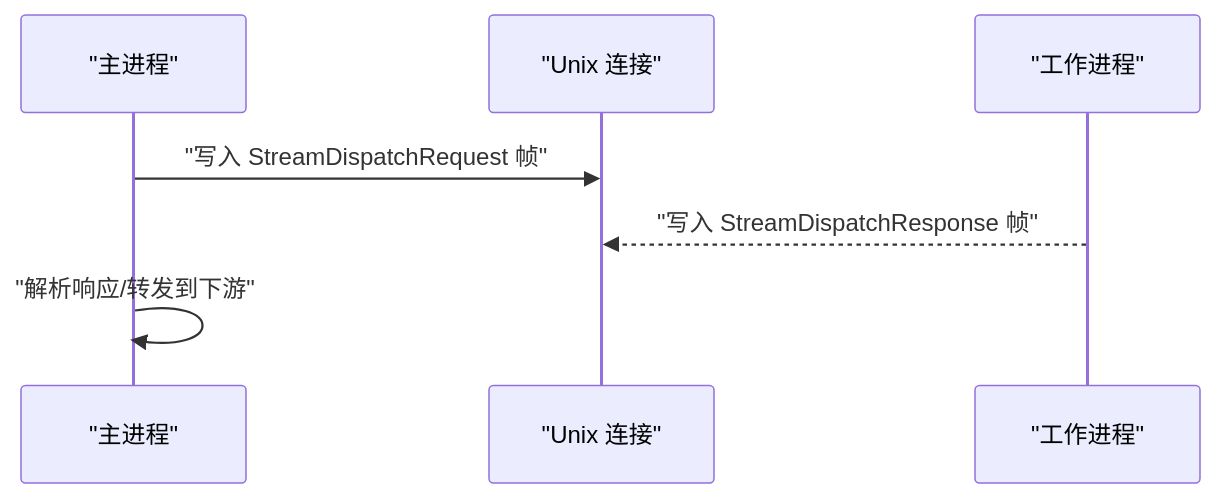
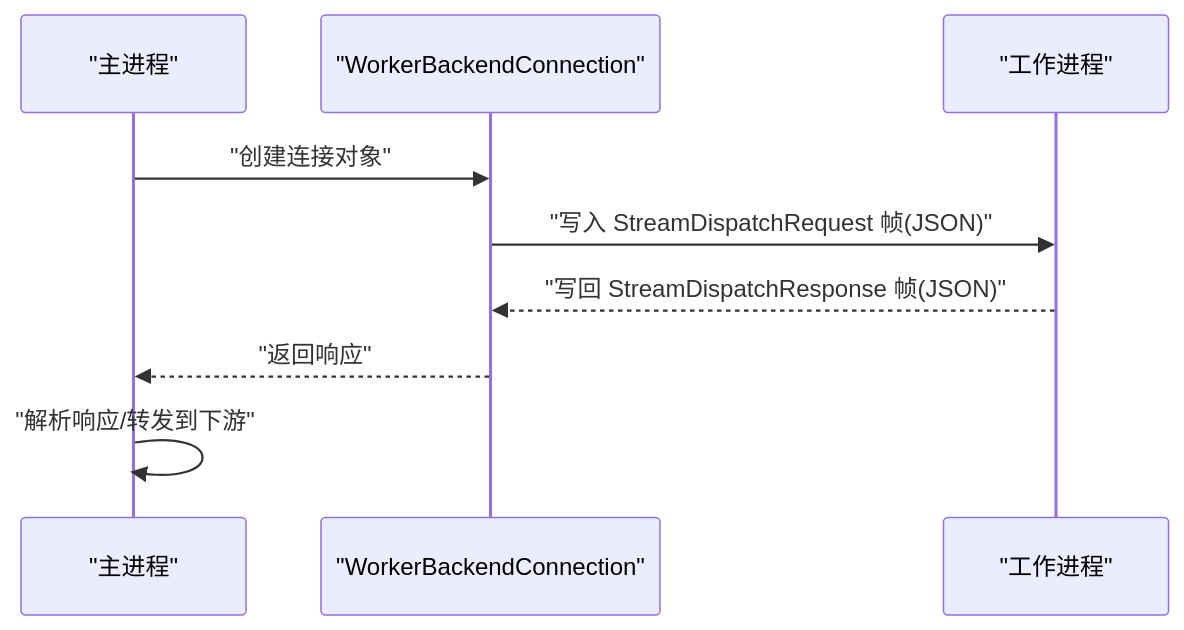
The fifth of 7 diagrams in .qoder/repowiki/zh/content/传输层处理/工作进程通信协议.md (guweigang/vhttpd), drawn with Mermaid before and after one commit. The commit also changed other lines of this file and 54 other files, not shown here.

````diff
--- a/.qoder/repowiki/zh/content/传输层处理/工作进程通信协议.md
+++ b/.qoder/repowiki/zh/content/传输层处理/工作进程通信协议.md
@@ -162,9 +196,11 @@
 ```mermaid
 sequenceDiagram
 participant Main as "主进程"
-participant Conn as "Unix 连接"
+participant Conn as "WorkerBackendConnection"
 participant Worker as "工作进程"
-Main->>Conn : "写入 StreamDispatchRequest 帧"
-Worker-->>Conn : "写入 StreamDispatchResponse 帧"
+Main->>Conn : "创建连接对象"
+Conn->>Worker : "写入 StreamDispatchRequest 帧(JSON)"
+Worker-->>Conn : "写回 StreamDispatchResponse 帧(JSON)"
+Conn-->>Main : "返回响应"
 Main->>Main : "解析响应/转发到下游"
 ```
````
